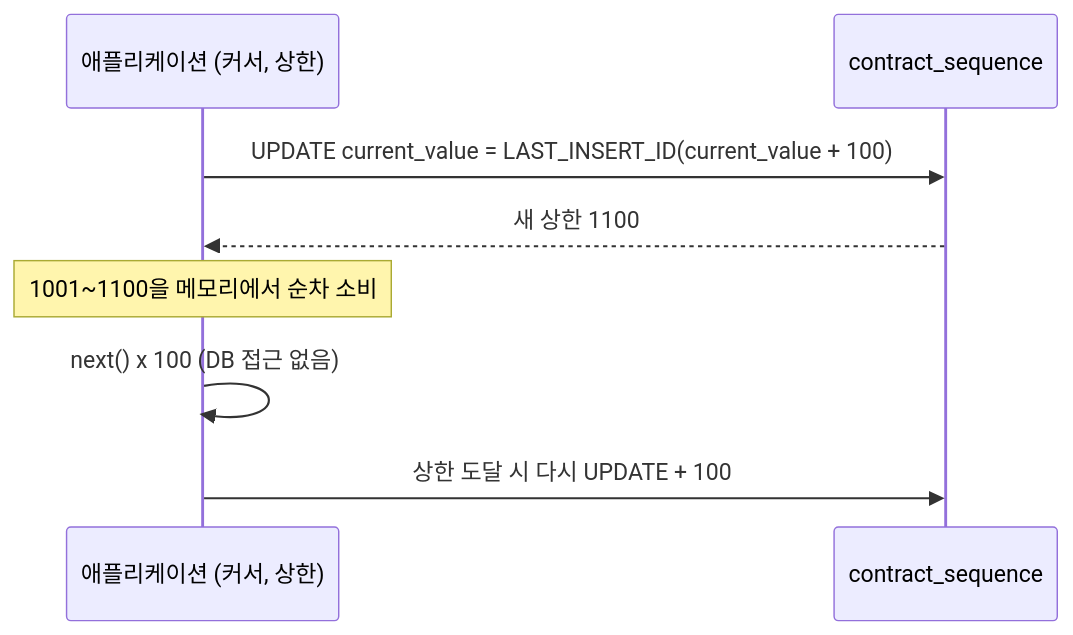
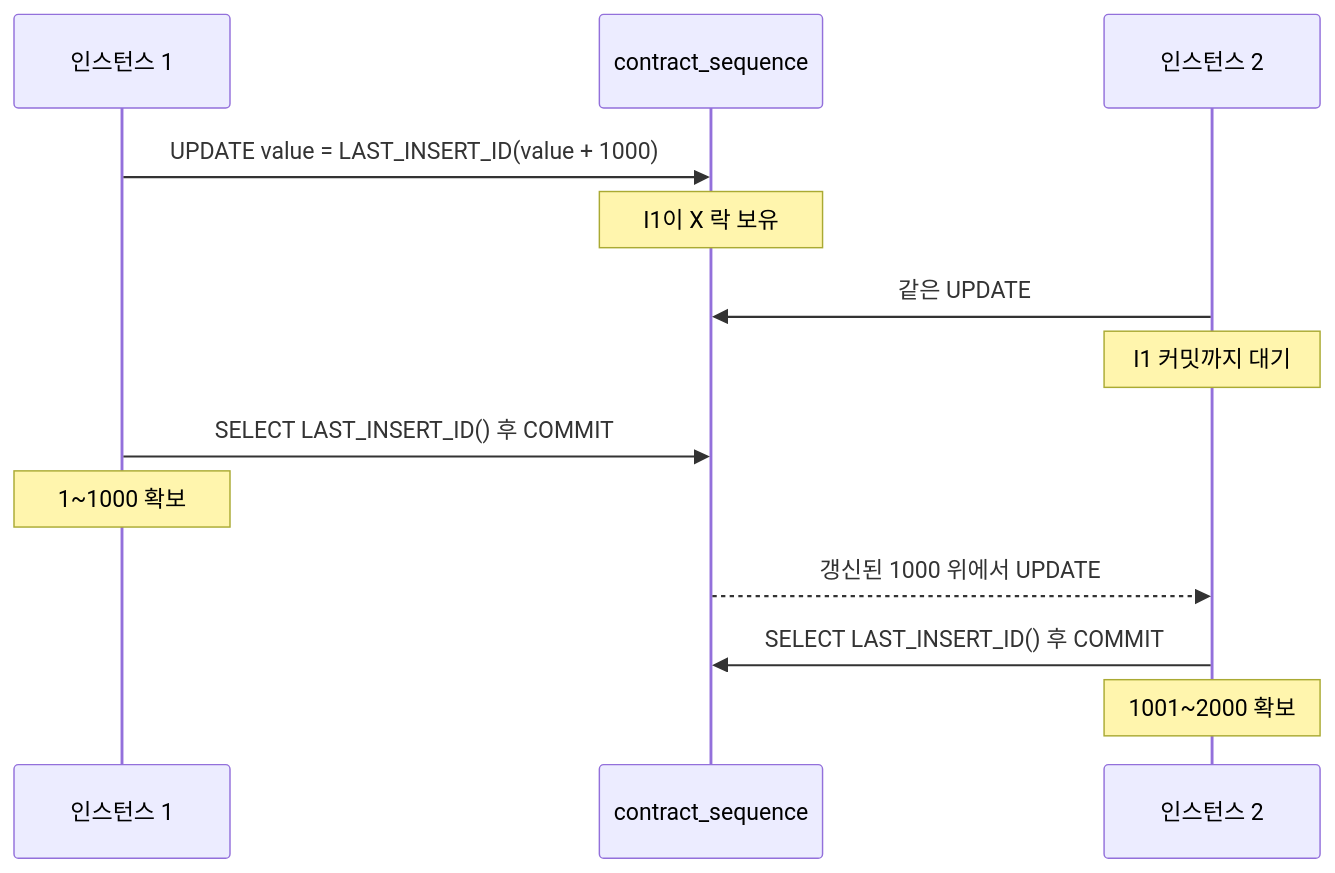
The fifth of 5 diagrams in _posts/notes/common/2026-01-25-sequence-part3.md (polynomeer/polynomeer.github.io), drawn with Mermaid before and after one commit. The commit also changed other lines of this file, not shown here.

Commit message:
docs(notes): rewrite sequence bottleneck part 3 with the lab collision

````diff
--- a/_posts/notes/common/2026-01-25-sequence-part3.md
+++ b/_posts/notes/common/2026-01-25-sequence-part3.md
@@ -113,11 +215,15 @@
 ```mermaid
 sequenceDiagram
-    participant App as 애플리케이션 (커서, 상한)
-    participant DB as contract_sequence
-
-    App->>DB: UPDATE current_value = LAST_INSERT_ID(current_value + 100)
-    DB-->>App: 새 상한 1100
-    Note over App: 1001~1100을 메모리에서 순차 소비
-    App->>App: next() x 100 (DB 접근 없음)
-    App->>DB: 상한 도달 시 다시 UPDATE + 100
+    participant I1 as 인스턴스 1
+    participant SEQ as contract_sequence
+    participant I2 as 인스턴스 2
+    I1->>SEQ: UPDATE value = LAST_INSERT_ID(value + 1000)
+    Note over SEQ: I1이 X 락 보유
+    I2->>SEQ: 같은 UPDATE
+    Note over I2: I1 커밋까지 대기
+    I1->>SEQ: SELECT LAST_INSERT_ID() 후 COMMIT
+    Note over I1: 1~1000 확보
+    SEQ-->>I2: 갱신된 1000 위에서 UPDATE
+    I2->>SEQ: SELECT LAST_INSERT_ID() 후 COMMIT
+    Note over I2: 1001~2000 확보
 ```
````
